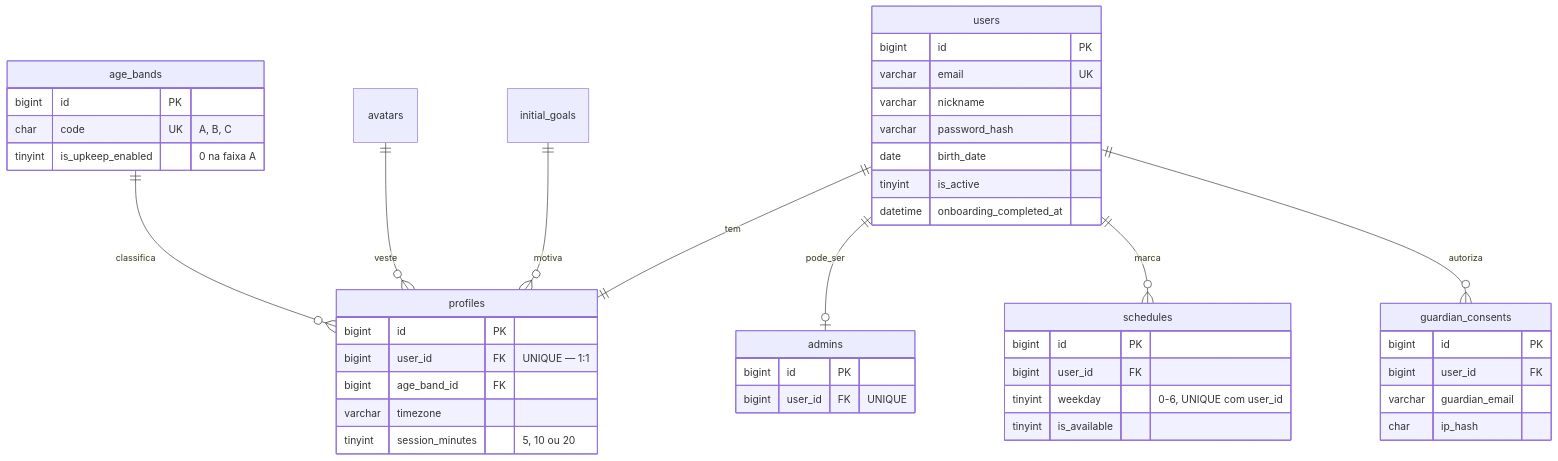
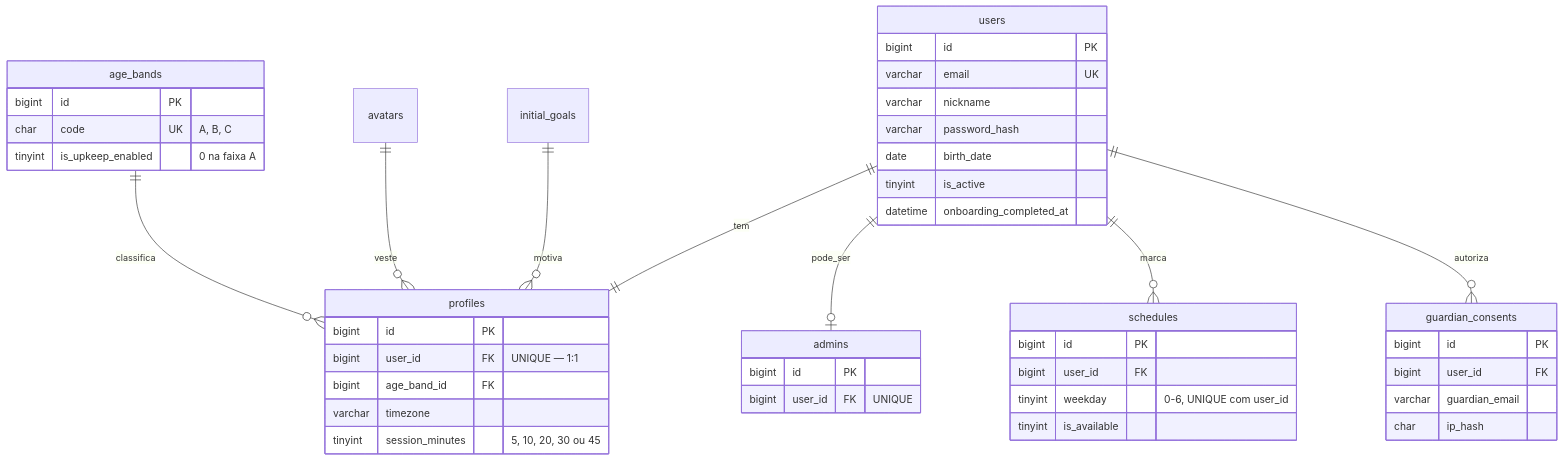
The first of 6 diagrams in docs/MODELO-DE-DADOS.md (Razawaky/Beever), drawn with Mermaid before and after one commit. The commit also changed other lines of this file and 13 other files, not shown here.

````diff
--- a/docs/MODELO-DE-DADOS.md
+++ b/docs/MODELO-DE-DADOS.md
@@ -59,48 +59,48 @@
 ```mermaid
 erDiagram
     age_bands ||--o{ profiles : classifica
     avatars ||--o{ profiles : veste
     initial_goals ||--o{ profiles : motiva
     users ||--|| profiles : tem
     users ||--o| admins : pode_ser
     users ||--o{ schedules : marca
     users ||--o{ guardian_consents : autoriza
 
     users {
         bigint id PK
         varchar email UK
         varchar nickname
         varchar password_hash
         date birth_date
         tinyint is_active
         datetime onboarding_completed_at
     }
     profiles {
         bigint id PK
         bigint user_id FK "UNIQUE — 1:1"
         bigint age_band_id FK
         varchar timezone
-        tinyint session_minutes "5, 10 ou 20"
+        tinyint session_minutes "5, 10, 20, 30 ou 45"
     }
     admins {
         bigint id PK
         bigint user_id FK "UNIQUE"
     }
     schedules {
         bigint id PK
         bigint user_id FK
         tinyint weekday "0-6, UNIQUE com user_id"
         tinyint is_available
     }
     age_bands {
         bigint id PK
         char code UK "A, B, C"
         tinyint is_upkeep_enabled "0 na faixa A"
     }
     guardian_consents {
         bigint id PK
         bigint user_id FK
         varchar guardian_email
         char ip_hash
     }
 ```
````
